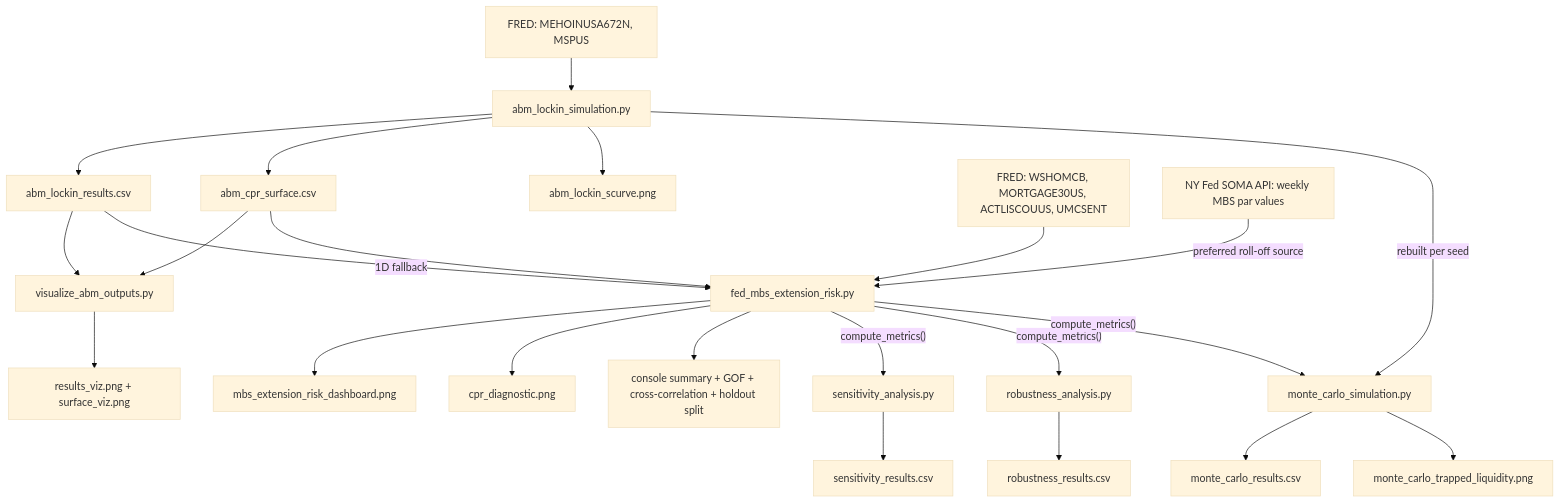
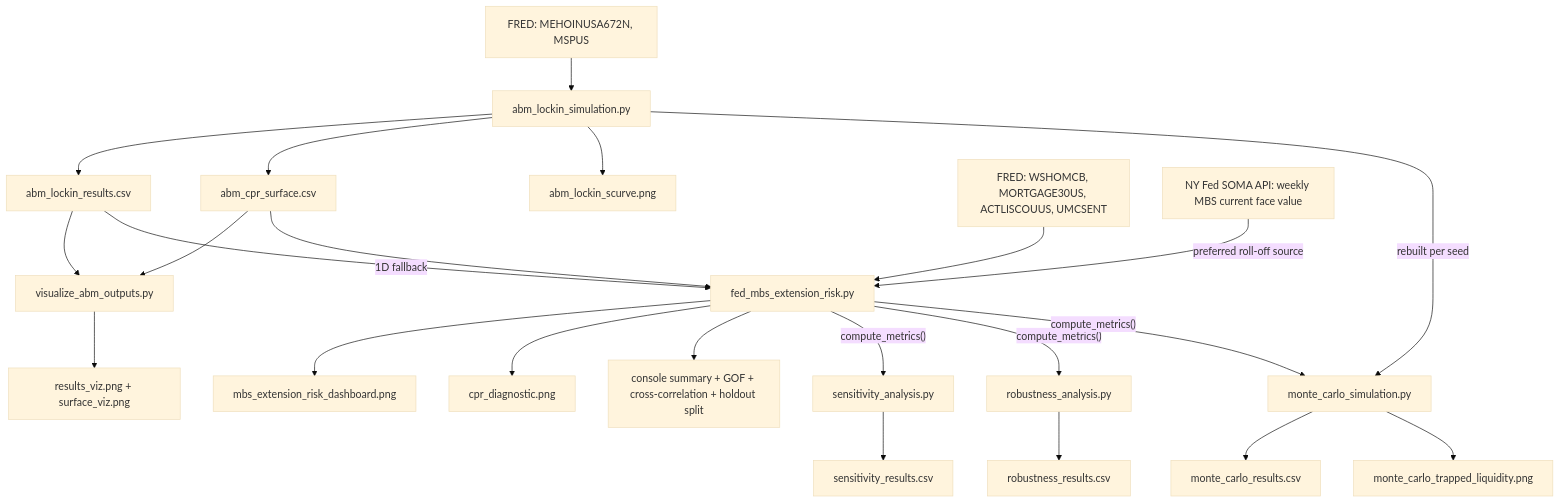
The diagram in README.md (eugeneoCMU/Lock-in-Effect), drawn with Mermaid (base theme) before and after one commit. The commit also changed other lines of this file and 2 other files, not shown here.

First line of the commit message:
Clarify SOMA current face value vs WSHOMCB amortized cost.

````diff
--- a/README.md
+++ b/README.md
@@ -75,28 +75,28 @@
 ```mermaid
 flowchart TD
   fredABM["FRED: MEHOINUSA672N, MSPUS"] --> abm["abm_lockin_simulation.py"]
   abm --> resultsCSV["abm_lockin_results.csv"]
   abm --> surfaceCSV["abm_cpr_surface.csv"]
   abm --> scurvePNG["abm_lockin_scurve.png"]
 
   resultsCSV --> viz["visualize_abm_outputs.py"]
   surfaceCSV --> viz
   viz --> vizPNGs["results_viz.png + surface_viz.png"]
 
   fredMacro["FRED: WSHOMCB, MORTGAGE30US, ACTLISCOUUS, UMCSENT"] --> macro["fed_mbs_extension_risk.py"]
-  soma["NY Fed SOMA API: weekly MBS par values"] -->|"preferred roll-off source"| macro
+  soma["NY Fed SOMA API: weekly MBS current face value"] -->|"preferred roll-off source"| macro
   surfaceCSV --> macro
   resultsCSV -->|"1D fallback"| macro
   macro --> dashboard["mbs_extension_risk_dashboard.png"]
   macro --> cprDiag["cpr_diagnostic.png"]
   macro --> summary["console summary + GOF + cross-correlation + holdout split"]
 
   macro -->|"compute_metrics()"| sens["sensitivity_analysis.py"]
   macro -->|"compute_metrics()"| robust["robustness_analysis.py"]
   abm -->|"rebuilt per seed"| mc["monte_carlo_simulation.py"]
   macro -->|"compute_metrics()"| mc
   sens --> sensCSV["sensitivity_results.csv"]
   robust --> robustCSV["robustness_results.csv"]
   mc --> mcCSV["monte_carlo_results.csv"]
   mc --> mcPNG["monte_carlo_trapped_liquidity.png"]
 ```
````
